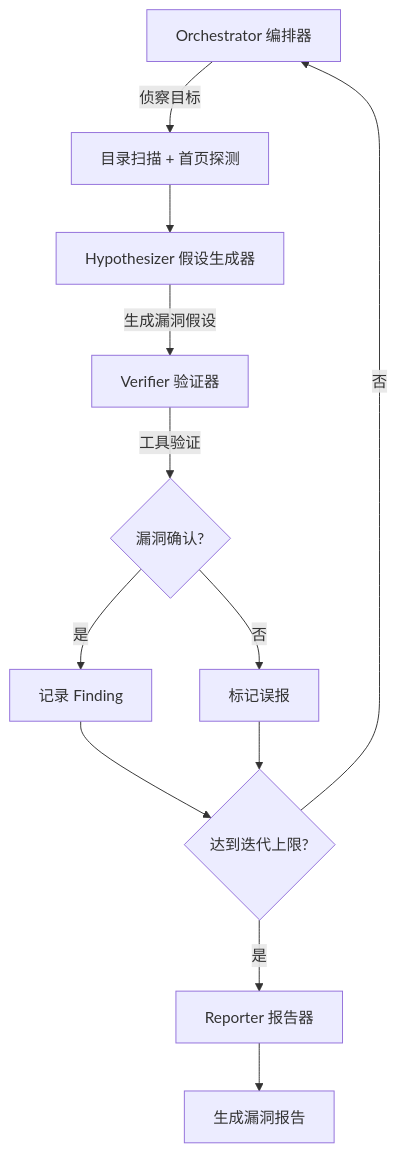
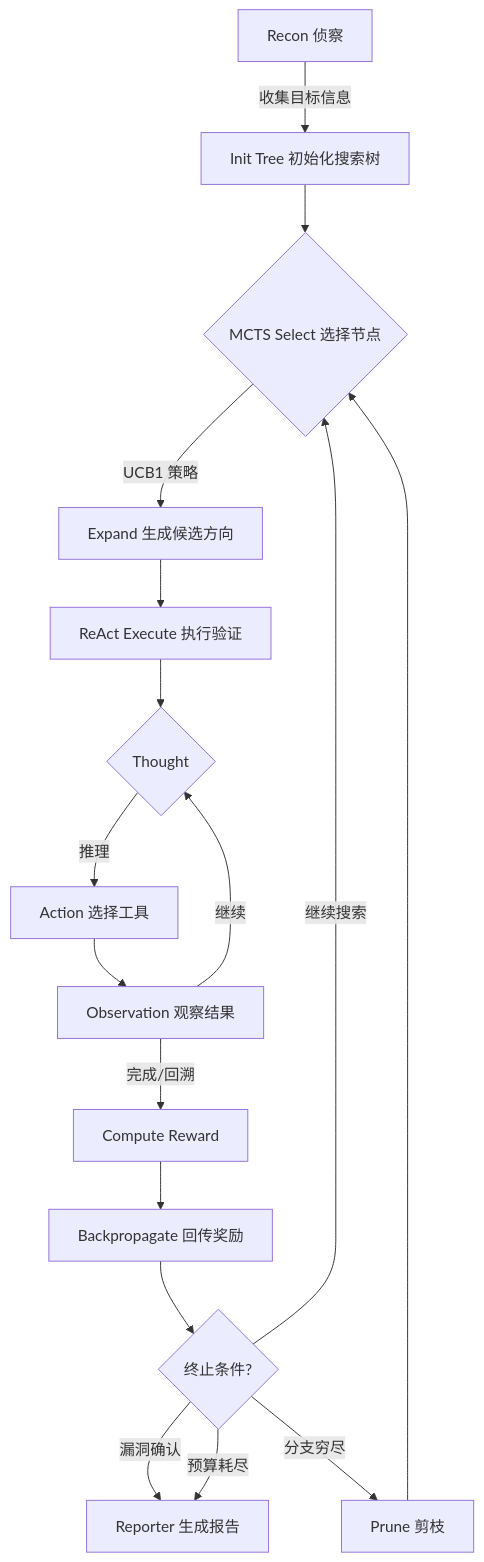
One commit to R0x7e/Argus changed the diagram in README.md. Above: the diagram before and after it, drawn with Mermaid. The commit also changed other lines of this file, not shown here.

````diff
--- a/README.md
+++ b/README.md
@@ -195,14 +353,21 @@
 ```mermaid
 graph TD
-    A[Orchestrator 编排器] -->|侦察目标| B[目录扫描 + 首页探测]
-    B --> C[Hypothesizer 假设生成器]
-    C -->|生成漏洞假设| D[Verifier 验证器]
-    D -->|工具验证| E{漏洞确认?}
-    E -->|是| F[记录 Finding]
-    E -->|否| G[标记误报]
-    F --> H{达到迭代上限?}
-    G --> H
-    H -->|否| A
-    H -->|是| I[Reporter 报告器]
-    I --> J[生成漏洞报告]
+    A[Recon 侦察] -->|收集目标信息| B[Init Tree 初始化搜索树]
+    B --> C{MCTS Select 选择节点}
+    C -->|UCB1 策略| D[Expand 生成候选方向]
+    D --> E[ReAct Execute 执行验证]
+
+    E --> F{Thought}
+    F -->|推理| G[Action 选择工具]
+    G --> H[Observation 观察结果]
+    H -->|继续| F
+    H -->|完成/回溯| I[Compute Reward]
+
+    I --> J[Backpropagate 回传奖励]
+    J --> K{终止条件?}
+    K -->|漏洞确认| L[Reporter 生成报告]
+    K -->|预算耗尽| L
+    K -->|继续搜索| C
+    K -->|分支穷尽| M[Prune 剪枝]
+    M --> C
 ```
````
